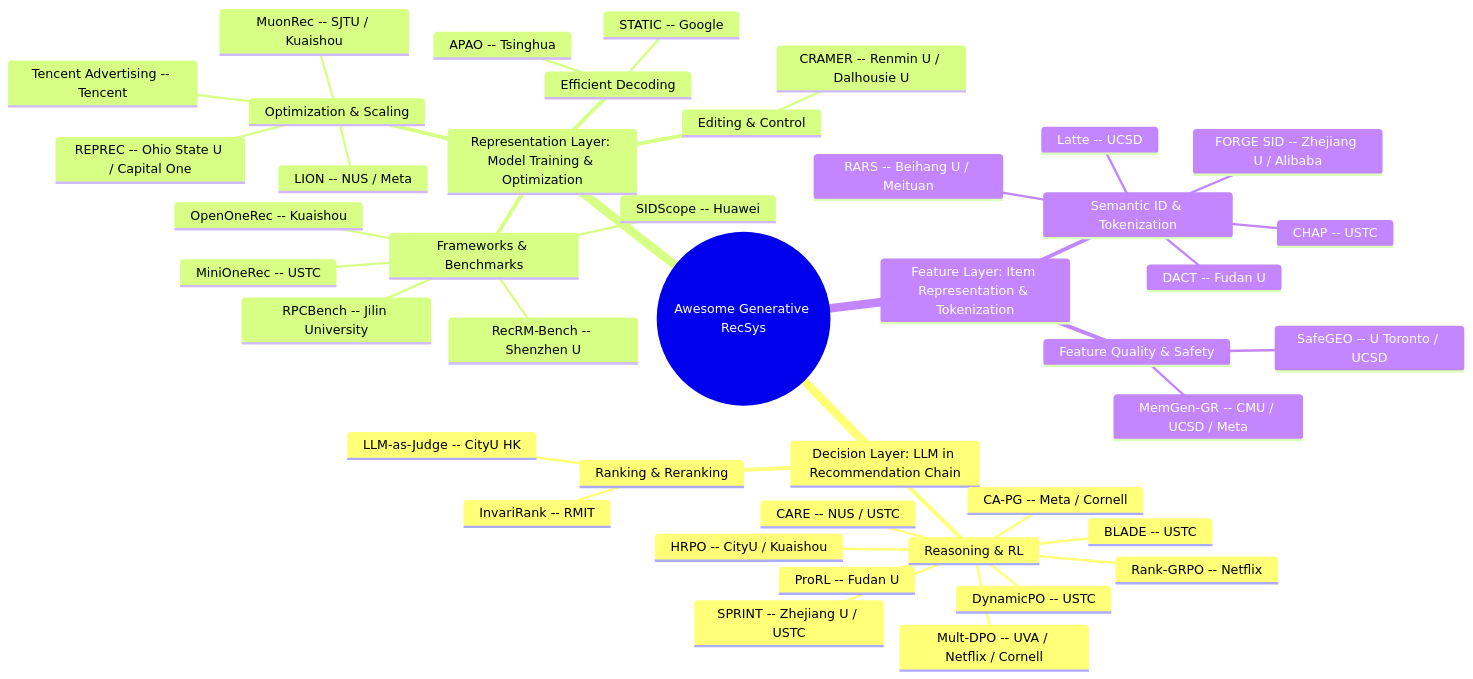
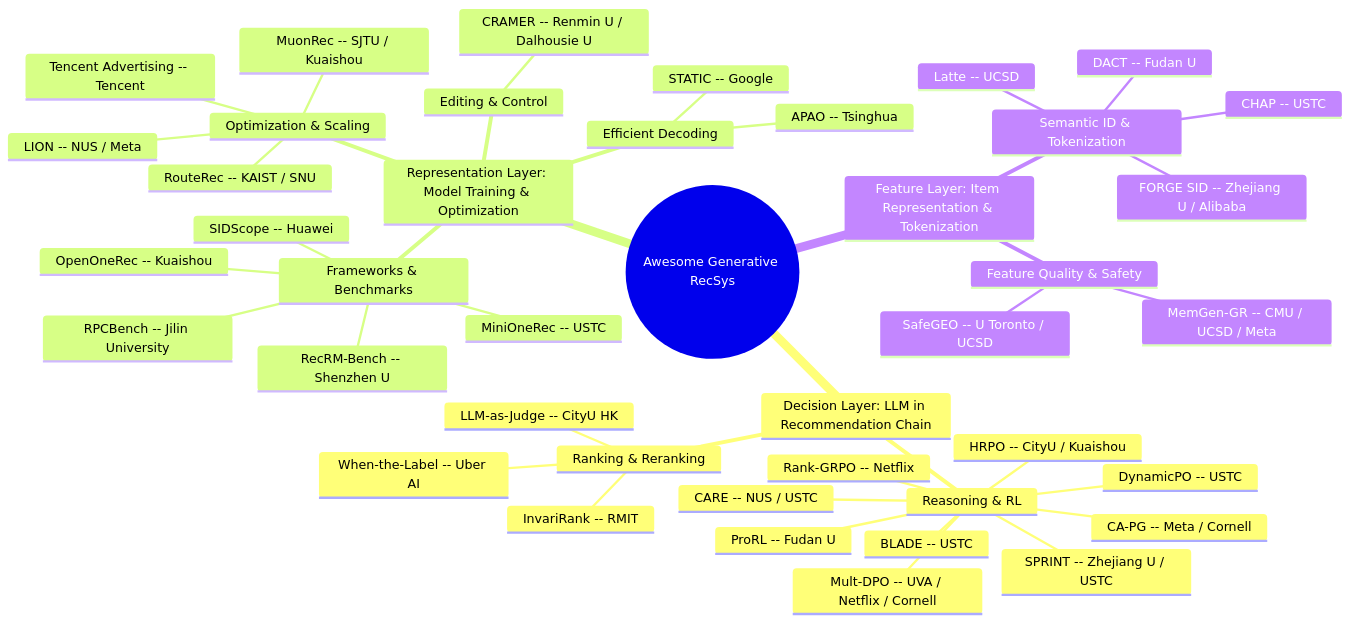
Before and after one commit to HaFred/awesome-generative-recsys: the diagram in README.md, drawn with Mermaid. The commit also changed other lines of this file and 3 other files, not shown here.

Commit message:
feat: Oct 02 — 9 gen-rec papers (RouteRec, When-the-Label opensource); archive Sep 21

````diff
--- a/README.md
+++ b/README.md
@@ -30,46 +30,46 @@
 ```mermaid
 mindmap
   root((Awesome Generative RecSys))
     Decision Layer: LLM in Recommendation Chain
       Reasoning & RL
         Rank-GRPO -- Netflix
         DynamicPO -- USTC
         BLADE -- USTC
         SPRINT -- Zhejiang U / USTC
         CARE -- NUS / USTC
         HRPO -- CityU / Kuaishou
         Mult-DPO -- UVA / Netflix / Cornell
         CA-PG -- Meta / Cornell
         ProRL -- Fudan U
       Ranking & Reranking
         InvariRank -- RMIT
         LLM-as-Judge -- CityU HK
+        When-the-Label -- Uber AI
     Representation Layer: Model Training & Optimization
       Editing & Control
         CRAMER -- Renmin U / Dalhousie U
       Frameworks & Benchmarks
         MiniOneRec -- USTC
         OpenOneRec -- Kuaishou
         RecRM-Bench -- Shenzhen U
         SIDScope -- Huawei
         RPCBench -- Jilin University
       Efficient Decoding
         STATIC -- Google
         APAO -- Tsinghua
       Optimization & Scaling
         MuonRec -- SJTU / Kuaishou
-        REPREC -- Ohio State U / Capital One
         Tencent Advertising -- Tencent
         LION -- NUS / Meta
+        RouteRec -- KAIST / SNU
     Feature Layer: Item Representation & Tokenization
       Semantic ID & Tokenization
         Latte -- UCSD
         FORGE SID -- Zhejiang U / Alibaba
         DACT -- Fudan U
         CHAP -- USTC
-        RARS -- Beihang U / Meituan
       Feature Quality & Safety
         SafeGEO -- U Toronto / UCSD
         MemGen-GR -- CMU / UCSD / Meta
 
 ```
````
